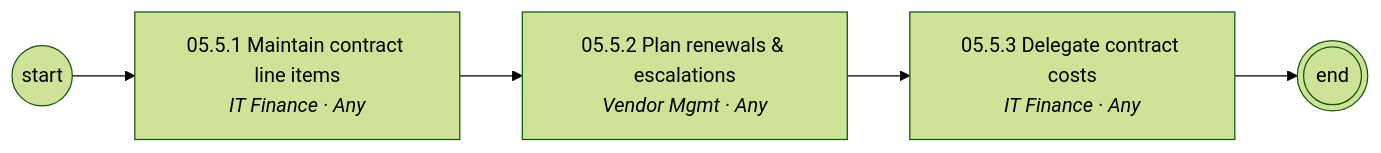
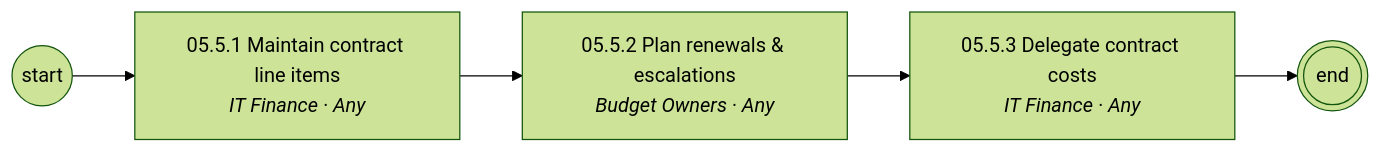
One commit to corbyjames/apptio-process-catalog changed the sixth of 9 diagrams in diagrams/mermaid/area-05.md. Above: the diagram before and after it, drawn with Mermaid (forest theme). The commit also changed other lines of this file and 251 other files, not shown here.

````diff
--- a/diagrams/mermaid/area-05.md
+++ b/diagrams/mermaid/area-05.md
@@ -91,11 +93,11 @@
 ```mermaid
 flowchart LR
   S((start))
   N05_5_1["05.5.1 Maintain contract line items<br/><i>IT Finance · Any</i>"]
   S --> N05_5_1
-  N05_5_2["05.5.2 Plan renewals & escalations<br/><i>Vendor Mgmt · Any</i>"]
+  N05_5_2["05.5.2 Plan renewals & escalations<br/><i>Budget Owners · Any</i>"]
   N05_5_1 --> N05_5_2
   N05_5_3["05.5.3 Delegate contract costs<br/><i>IT Finance · Any</i>"]
   N05_5_2 --> N05_5_3
   N05_5_3 --> E(((end)))
 ```
````
